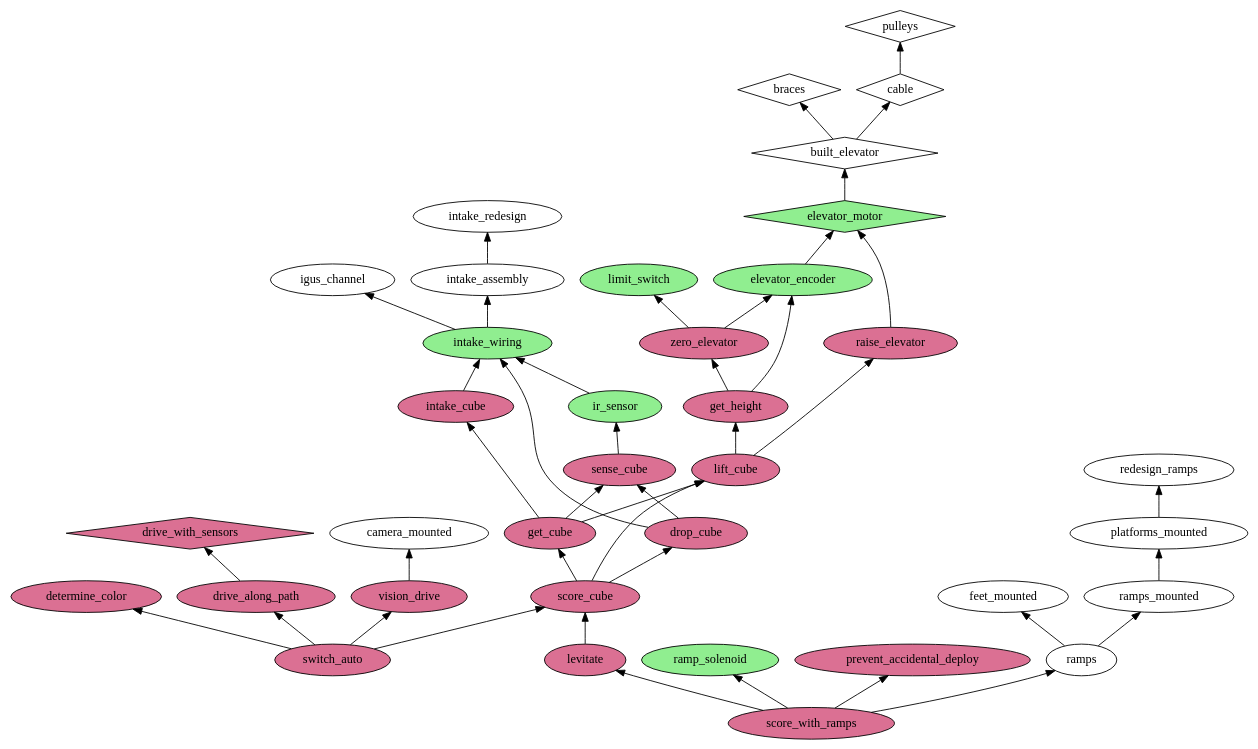
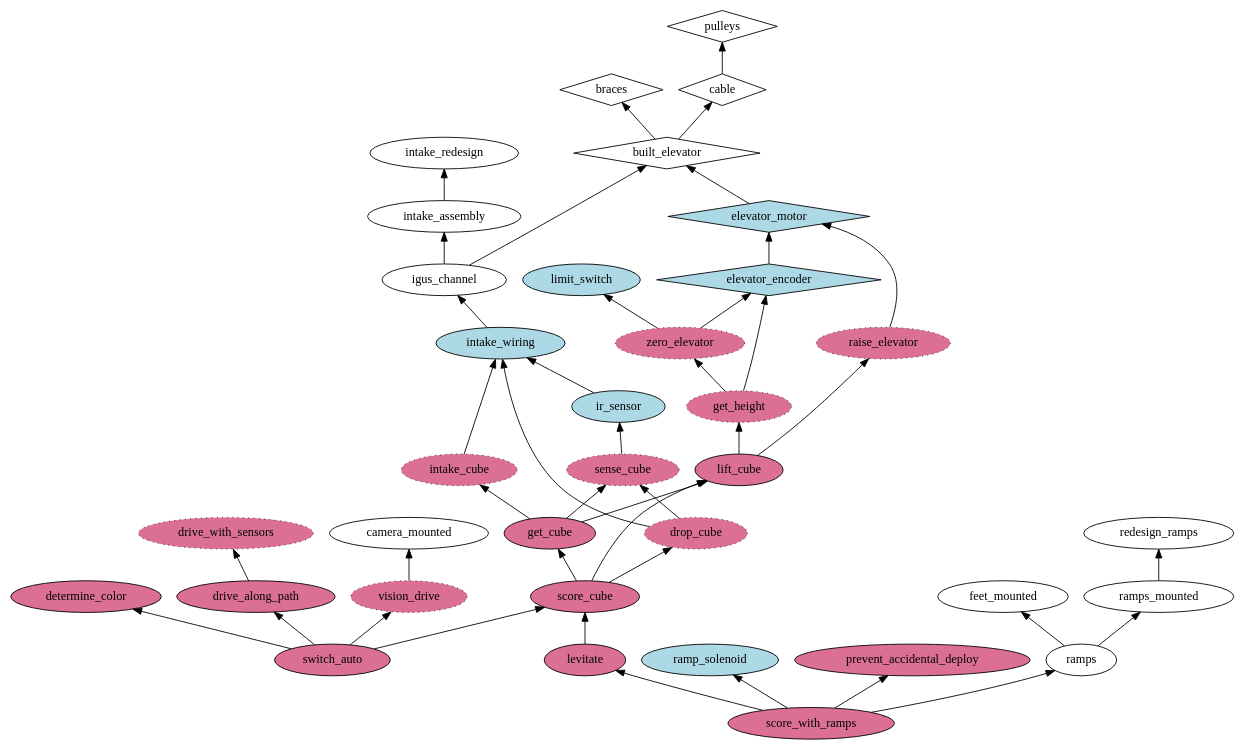
The diagram in powerupDependencyGraph.dot (AmpdRobotics/PowerUp), drawn with Graphviz before and after one commit.

Commit message:
Added untested_programming subgraph and reorganized a bit.

```diff
--- a/powerupDependencyGraph.dot
+++ b/powerupDependencyGraph.dot
@@ -1,65 +1,73 @@
 digraph g {
 	rankdir=BT
 	ordering=out
-	subgraph programming {
-		node[style=filled, fillcolor=palevioletred]
-		score_cube; get_cube; lift_cube; drop_cube; intake_cube; sense_cube; get_height; zero_elevator; raise_elevator; switch_auto; determine_color; drive_along_path; vision_drive; score_with_ramps; prevent_accidental_deploy; levitate;
-	}
-	subgraph electrical {
-		node[style=filled, fillcolor=lightgreen]
-		intake_wiring; ir_sensor; limit_switch; elevator_encoder; ramp_solenoid
-	}
 	subgraph complete {
 		node[shape=diamond]
 		pulleys; cable; braces; built_elevator;
 	}
-        subgraph complete_electrical {
-                node[style=filled, fillcolor=lightgreen, shape=diamond]
-                elevator_motor;
-        }
-        subgraph complete_programming {
-                node[style=filled, fillcolor=palevioletred, shape=diamond]
-                drive_with_sensors;
-        }
+	subgraph complete_electrical {
+		node[style=filled, fillcolor=lightblue, shape=diamond]
+		elevator_motor; elevator_encoder;
+	}
+	subgraph complete_programming {
+		node[style=filled, fillcolor=palevioletred, shape=diamond]
+	}
+	subgraph untested_programming {
+		node[style="filled,dotted", fillcolor=palevioletred]
+		sense_cube; drop_cube; raise_elevator; drive_with_sensors;
+		sense_cube; zero_elevator; raise_elevator; get_height; intake_cube;
+		vision_drive;
+	}
+	subgraph programming {
+		node[style=filled, fillcolor=palevioletred]
+		score_cube; switch_auto; determine_color;
+		drive_along_path; vision_drive; score_with_ramps;
+		prevent_accidental_deploy; levitate; lift_cube; get_cube;
+	}
+	subgraph electrical {
+		node[style=filled, fillcolor=lightblue]
+		intake_wiring; ir_sensor; limit_switch; elevator_encoder; ramp_solenoid
+	}
+
 	score_cube -> get_cube
 	score_cube -> lift_cube
 	score_cube -> drop_cube
 	get_cube -> intake_cube
 	get_cube -> sense_cube
 	get_cube -> lift_cube
 	lift_cube -> get_height
 	lift_cube -> raise_elevator
 	built_elevator -> braces
 	built_elevator -> cable
 	cable -> pulleys
 	raise_elevator -> elevator_motor
 	elevator_motor -> built_elevator
 	get_height -> zero_elevator
 	zero_elevator -> limit_switch
 	get_height -> elevator_encoder
 	elevator_encoder -> elevator_motor
 	zero_elevator -> elevator_encoder
 	intake_cube -> intake_wiring
-        intake_wiring -> igus_channel
-	intake_wiring -> intake_assembly
+	intake_wiring -> igus_channel
+	igus_channel -> intake_assembly
+	igus_channel -> built_elevator
 	intake_assembly -> intake_redesign
 	sense_cube -> ir_sensor
 	ir_sensor -> intake_wiring
 	drop_cube -> intake_wiring
 	drop_cube -> sense_cube
 	switch_auto -> determine_color
 	switch_auto -> drive_along_path
 	switch_auto -> vision_drive
 	switch_auto -> score_cube
 	vision_drive -> camera_mounted
 	drive_along_path -> drive_with_sensors
 	score_with_ramps -> levitate
 	score_with_ramps -> ramp_solenoid
 	score_with_ramps -> prevent_accidental_deploy
 	score_with_ramps -> ramps
 	ramps -> feet_mounted
 	ramps -> ramps_mounted
-	ramps_mounted -> platforms_mounted
-	platforms_mounted -> redesign_ramps
+	ramps_mounted -> redesign_ramps
 	levitate -> score_cube
 }
```
